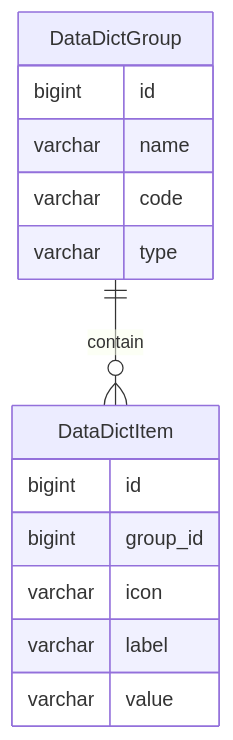
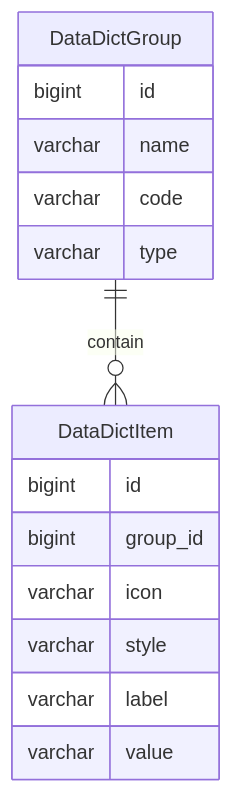
One commit to mrzhqiang/rowing changed the diagram in docs/project/1.data-dict.md. Above: the diagram before and after it, drawn with Mermaid. The commit also changed other lines of this file and 1 other file, not shown here.

````diff
--- a/docs/project/1.data-dict.md
+++ b/docs/project/1.data-dict.md
@@ -50,17 +47,18 @@
 ```mermaid
 erDiagram
     DataDictGroup ||--o{ DataDictItem : contain
     DataDictGroup {
         bigint id
         varchar name
         varchar code
         varchar type
     }
     DataDictItem {
         bigint id
         bigint group_id
         varchar icon
+        varchar style
         varchar label
         varchar value
     }
 ```
````
